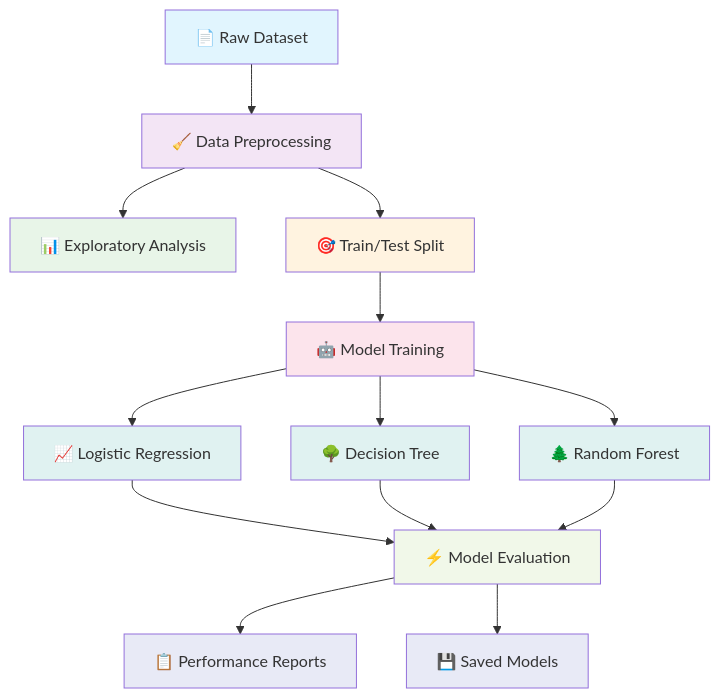
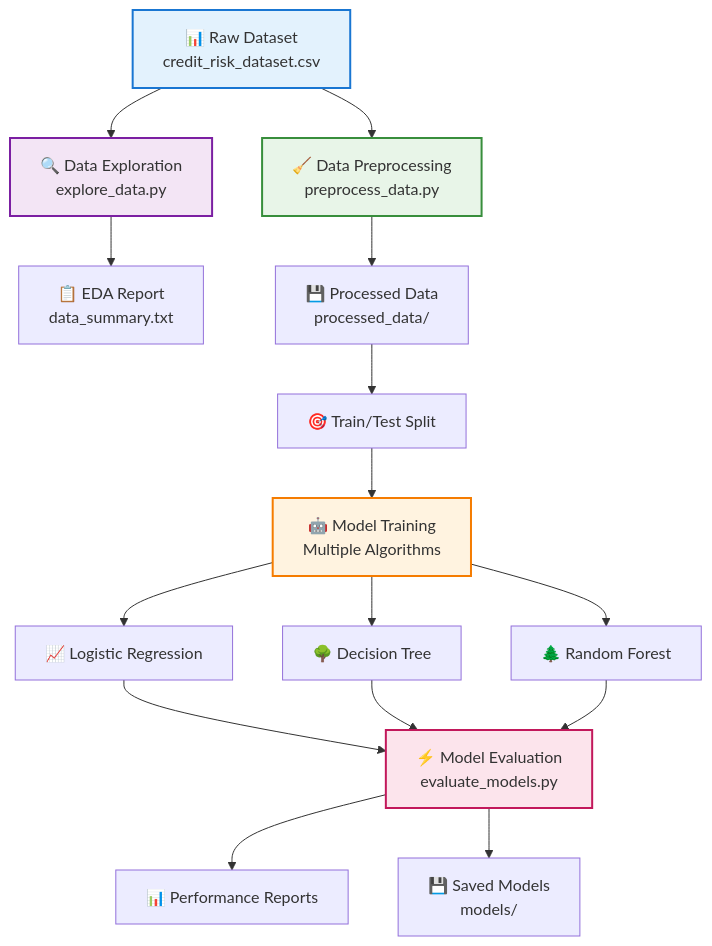
Before and after one commit to musagithub1/credit_scoring_project: the first of 3 diagrams in README.md, drawn with Mermaid. The commit also changed other lines of this file, not shown here.

````diff
--- a/README.md
+++ b/README.md
@@ -51,27 +98,28 @@
 ```mermaid
-graph TD
-    A[📄 Raw Dataset] --> B[🧹 Data Preprocessing]
-    B --> C[📊 Exploratory Analysis]
-    B --> D[🎯 Train/Test Split]
-    D --> E[🤖 Model Training]
-    E --> F[📈 Logistic Regression]
-    E --> G[🌳 Decision Tree]
-    E --> H[🌲 Random Forest]
-    F --> I[⚡ Model Evaluation]
-    G --> I
-    H --> I
-    I --> J[📋 Performance Reports]
-    I --> K[💾 Saved Models]
+graph TB
+    A[📊 Raw Dataset<br/>credit_risk_dataset.csv] --> B[🔍 Data Exploration<br/>explore_data.py]
+    A --> C[🧹 Data Preprocessing<br/>preprocess_data.py]
     
-    style A fill:#e1f5fe
-    style B fill:#f3e5f5
-    style C fill:#e8f5e8
-    style D fill:#fff3e0
-    style E fill:#fce4ec
-    style F fill:#e0f2f1
-    style G fill:#e0f2f1
-    style H fill:#e0f2f1
-    style I fill:#f1f8e9
-    style J fill:#e8eaf6
-    style K fill:#e8eaf6
+    B --> D[📋 EDA Report<br/>data_summary.txt]
+    C --> E[💾 Processed Data<br/>processed_data/]
+    
+    E --> F[🎯 Train/Test Split]
+    F --> G[🤖 Model Training<br/>Multiple Algorithms]
+    
+    G --> H[📈 Logistic Regression]
+    G --> I[🌳 Decision Tree]
+    G --> J[🌲 Random Forest]
+    
+    H --> K[⚡ Model Evaluation<br/>evaluate_models.py]
+    I --> K
+    J --> K
+    
+    K --> L[📊 Performance Reports]
+    K --> M[💾 Saved Models<br/>models/]
+    
+    style A fill:#e3f2fd,stroke:#1976d2,stroke-width:2px
+    style B fill:#f3e5f5,stroke:#7b1fa2,stroke-width:2px
+    style C fill:#e8f5e8,stroke:#388e3c,stroke-width:2px
+    style G fill:#fff3e0,stroke:#f57c00,stroke-width:2px
+    style K fill:#fce4ec,stroke:#c2185b,stroke-width:2px
 ```
````
